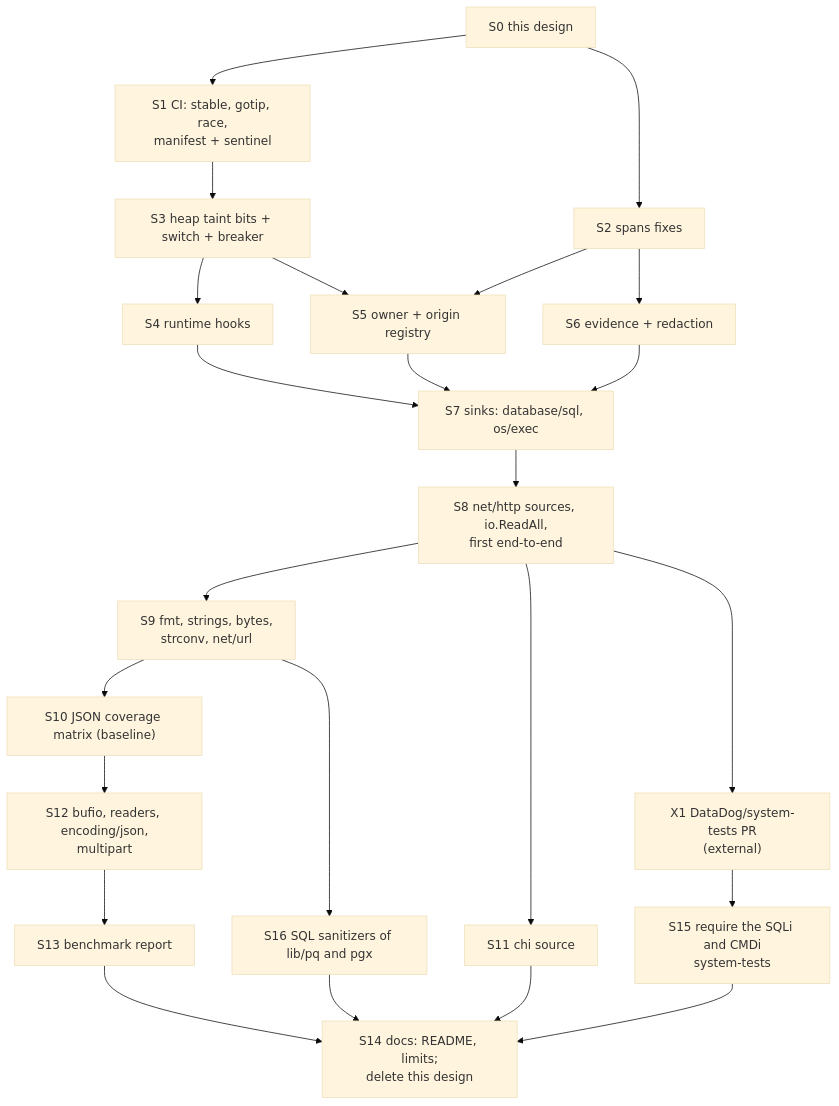
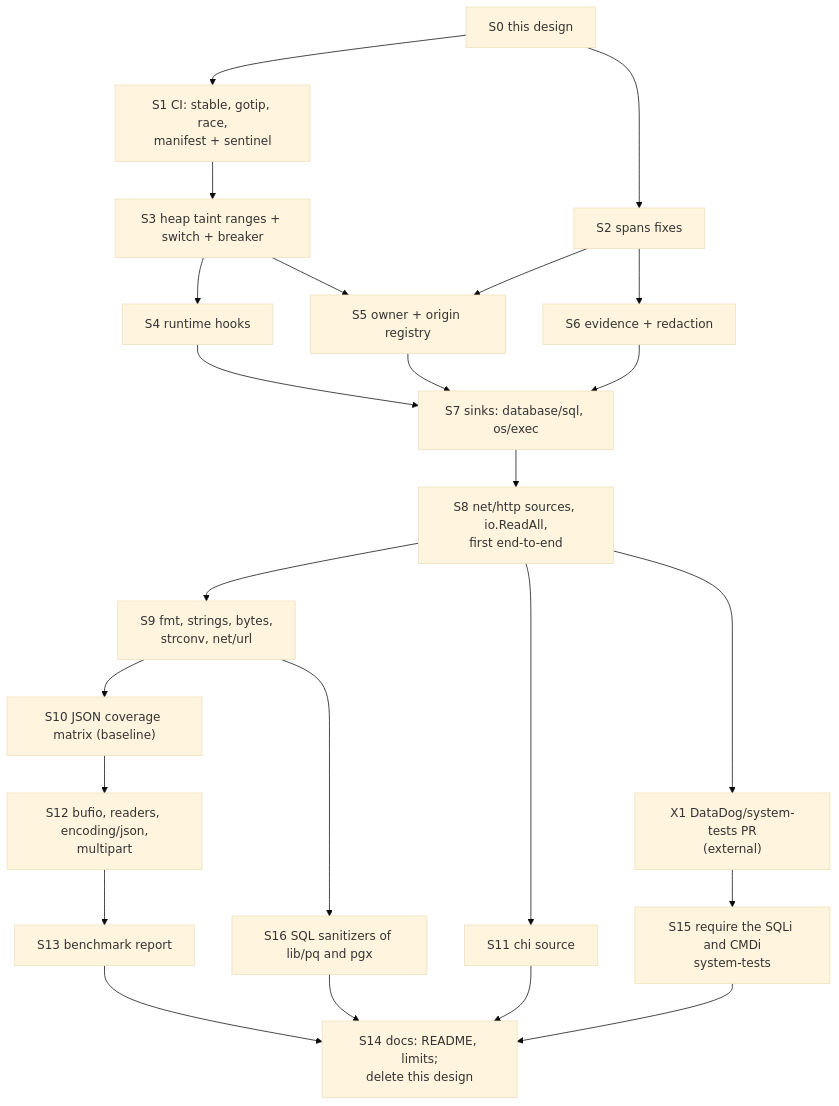
The seventh of 7 diagrams in _docs/design/taint-tracking-v0.md (DataDog/dd-iast-go), drawn with Mermaid (base theme) before and after one commit. The commit also changed other lines of this file, not shown here.

````diff
--- a/_docs/design/taint-tracking-v0.md
+++ b/_docs/design/taint-tracking-v0.md
@@ -1600,44 +1601,44 @@
 ```mermaid
 flowchart TD
   S0["S0 this design"]
   S1["S1 CI: stable, gotip, race,<br/>manifest + sentinel"]
   S2["S2 spans fixes"]
-  S3["S3 heap taint bits + switch + breaker"]
+  S3["S3 heap taint ranges + switch + breaker"]
   S4["S4 runtime hooks"]
   S5["S5 owner + origin registry"]
   S6["S6 evidence + redaction"]
   S7["S7 sinks: database/sql, os/exec"]
   S8["S8 net/http sources, io.ReadAll,<br/>first end-to-end"]
   S9["S9 fmt, strings, bytes,<br/>strconv, net/url"]
   S10["S10 JSON coverage matrix (baseline)"]
   S11["S11 chi source"]
   S16["S16 SQL sanitizers of lib/pq and pgx"]
   S12["S12 bufio, readers, encoding/json,<br/>multipart"]
   S13["S13 benchmark report"]
   X1["X1 DataDog/system-tests PR<br/>(external)"]
   S15["S15 require the SQLi and CMDi<br/>system-tests"]
   S14["S14 docs: README, limits;<br/>delete this design"]
   S0 --> S1
   S0 --> S2
   S1 --> S3
   S3 --> S4
   S3 --> S5
   S2 --> S5
   S2 --> S6
   S4 --> S7
   S5 --> S7
   S6 --> S7
   S7 --> S8
   S8 --> S9
   S9 --> S10
   S8 --> S11
   S9 --> S16
   S10 --> S12
   S12 --> S13
   S8 --> X1
   X1 --> S15
   S11 --> S14
   S13 --> S14
   S15 --> S14
   S16 --> S14
 ```
````
